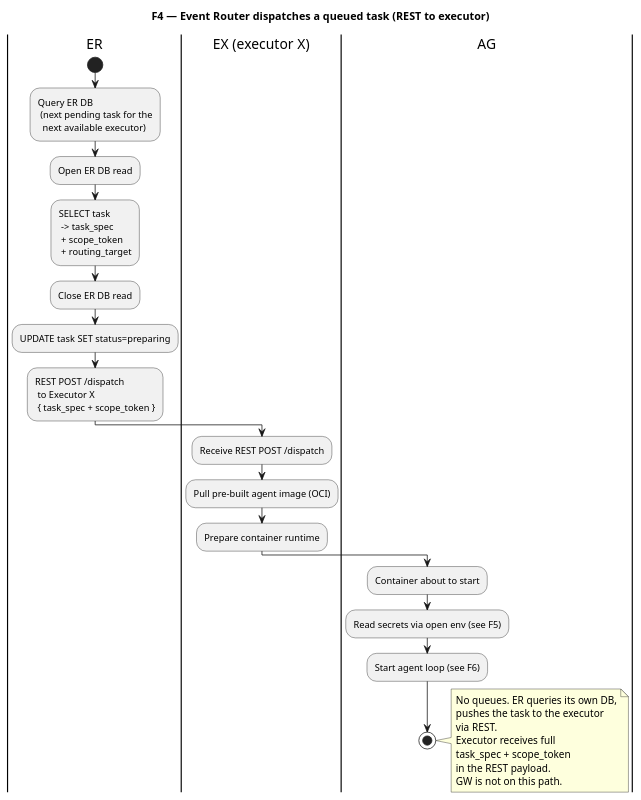
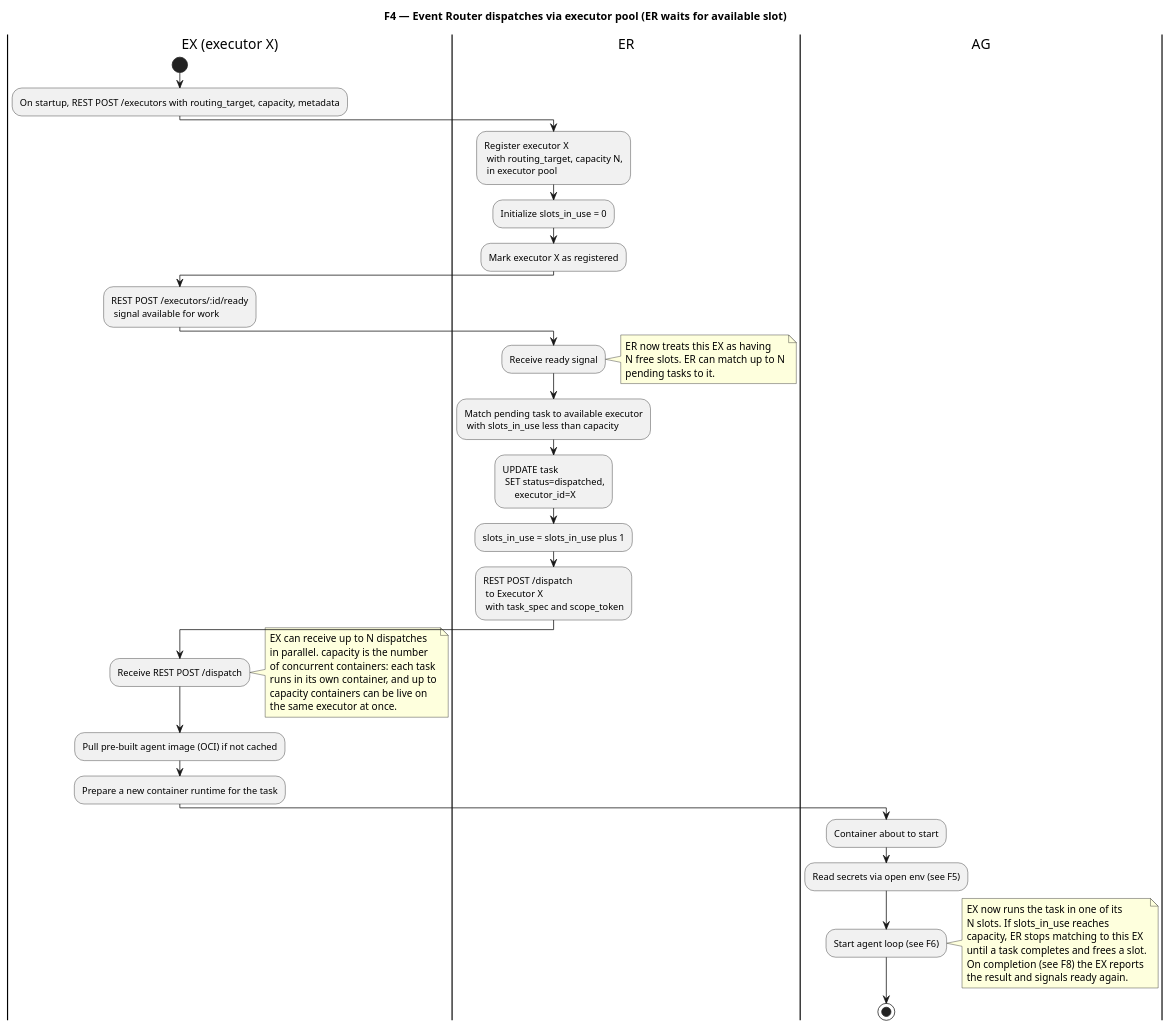
One commit to pandops/flowai changed the diagram in docs/architecture/diagrams/f4-event-router-dispatch.puml. Above: the diagram before and after it, drawn with PlantUML. The commit also changed 2 other files, not shown here.

Commit message:
docs(architecture): diagrams use 'concurrent containers' terminology
Mirror the capacity clarification in the diagrams:
- 04-sequence-task-lifecycle.puml: registration note now reads 'capacity = number of concurrent containers the executor can host. One container per task.'
- f4-event-router-dispatch.puml: dispatch note now reads 'EX can receive up to N dispatches in parallel. capacity is the number of concurrent containers: each task runs in its own container, and up to capacity containers can be live on the same executor at once.'
- f8-task-finalization.puml: completion note now reads 'Each completed task destroys ONE container and frees ONE slot on the EX.'

Ultraworked with [Sisyphus](https://github.com/code-yeongyu/oh-my-openagent)

```diff
--- a/docs/architecture/diagrams/f4-event-router-dispatch.puml
+++ b/docs/architecture/diagrams/f4-event-router-dispatch.puml
@@ -1,48 +1,67 @@
 @startuml f4-event-router-dispatch
-title F4 — Event Router dispatches a queued task (REST to executor)
+title F4 — Event Router dispatches via executor pool (ER waits for available slot)
+
+|EX (executor X)|
+start
+:On startup, REST POST /executors with routing_target, capacity, metadata;
 
 |ER|
-start
-:Query ER DB
- (next pending task for the
-  next available executor);
+:Register executor X
+ with routing_target, capacity N,
+ in executor pool;
+:Initialize slots_in_use = 0;
+:Mark executor X as registered;
+
+|EX (executor X)|
+:REST POST /executors/:id/ready
+ signal available for work;
 
 |ER|
-:Open ER DB read;
-:SELECT task
- -> task_spec
- + scope_token
- + routing_target;
-:Close ER DB read;
+:Receive ready signal;
+note right
+  ER now treats this EX as having
+  N free slots. ER can match up to N
+  pending tasks to it.
+end note
 
 |ER|
-:UPDATE task SET status=preparing;
-
-|ER|
+:Match pending task to available executor
+ with slots_in_use less than capacity;
+:UPDATE task
+ SET status=dispatched,
+     executor_id=X;
+:slots_in_use = slots_in_use plus 1;
 :REST POST /dispatch
  to Executor X
- { task_spec + scope_token };
+ with task_spec and scope_token;
 
 |EX (executor X)|
 :Receive REST POST /dispatch;
-:Pull pre-built agent image (OCI);
-:Prepare container runtime;
+note right
+  EX can receive up to N dispatches
+  in parallel. capacity is the number
+  of concurrent containers: each task
+  runs in its own container, and up to
+  capacity containers can be live on
+  the same executor at once.
+end note
+:Pull pre-built agent image (OCI) if not cached;
+:Prepare a new container runtime for the task;
 
 |AG|
 :Container about to start;
 :Read secrets via open env (see F5);
 :Start agent loop (see F6);
 
+note right
+  EX now runs the task in one of its
+  N slots. If slots_in_use reaches
+  capacity, ER stops matching to this EX
+  until a task completes and frees a slot.
+  On completion (see F8) the EX reports
+  the result and signals ready again.
+end note
+
 stop
 
-note right
-  No queues. ER queries its own DB,
-  pushes the task to the executor
-  via REST.
-  Executor receives full
-  task_spec + scope_token
-  in the REST payload.
-  GW is not on this path.
-end note
-
 @enduml
```
